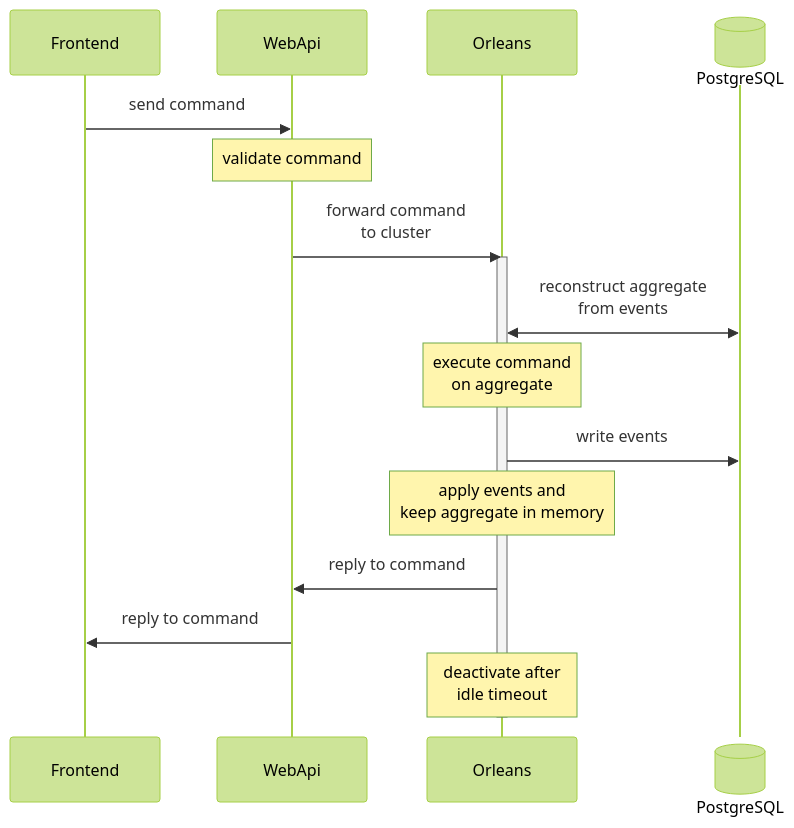
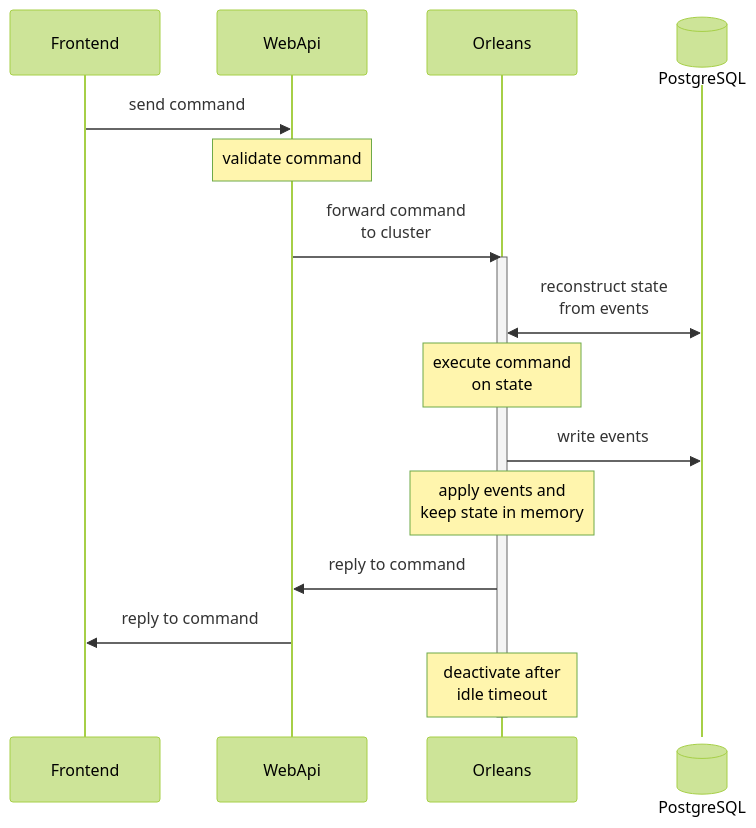
The first of 5 diagrams in README.md (flensrocker/EventSourcing), drawn with Mermaid (forest theme) before and after one commit. The commit also changed other lines of this file and 17 other files, not shown here.

Commit message:
refactor: Aggregate to CommandState & CommandHandler

````diff
--- a/README.md
+++ b/README.md
@@ -89,20 +89,20 @@
 ```mermaid
 sequenceDiagram
   participant Frontend
   participant WebApi
   participant Orleans
   participant PostgreSQL@{ "type": "database" }
 
   Frontend->>WebApi: send command
   Note over WebApi: validate command
   WebApi->>Orleans: forward command<br/>to cluster
   activate Orleans
-  Orleans<<->>PostgreSQL: reconstruct aggregate<br/>from events
-  Note over Orleans: execute command<br/>on aggregate
+  Orleans<<->>PostgreSQL: reconstruct state<br/>from events
+  Note over Orleans: execute command<br/>on state
   Orleans->>PostgreSQL: write events
-  Note over Orleans: apply events and<br/>keep aggregate in memory
+  Note over Orleans: apply events and<br/>keep state in memory
   Orleans->>WebApi: reply to command
   WebApi->>Frontend: reply to command
   Note over Orleans: deactivate after<br/>idle timeout
   deactivate Orleans
 ```
````
